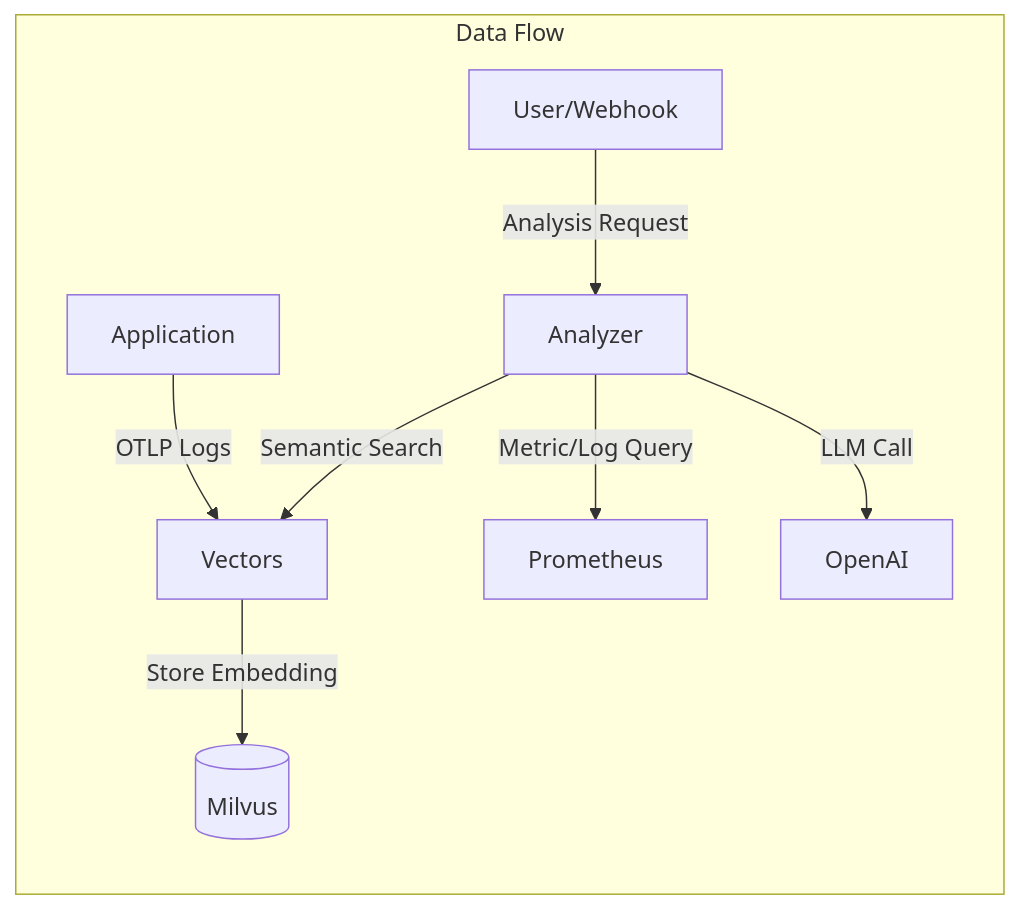
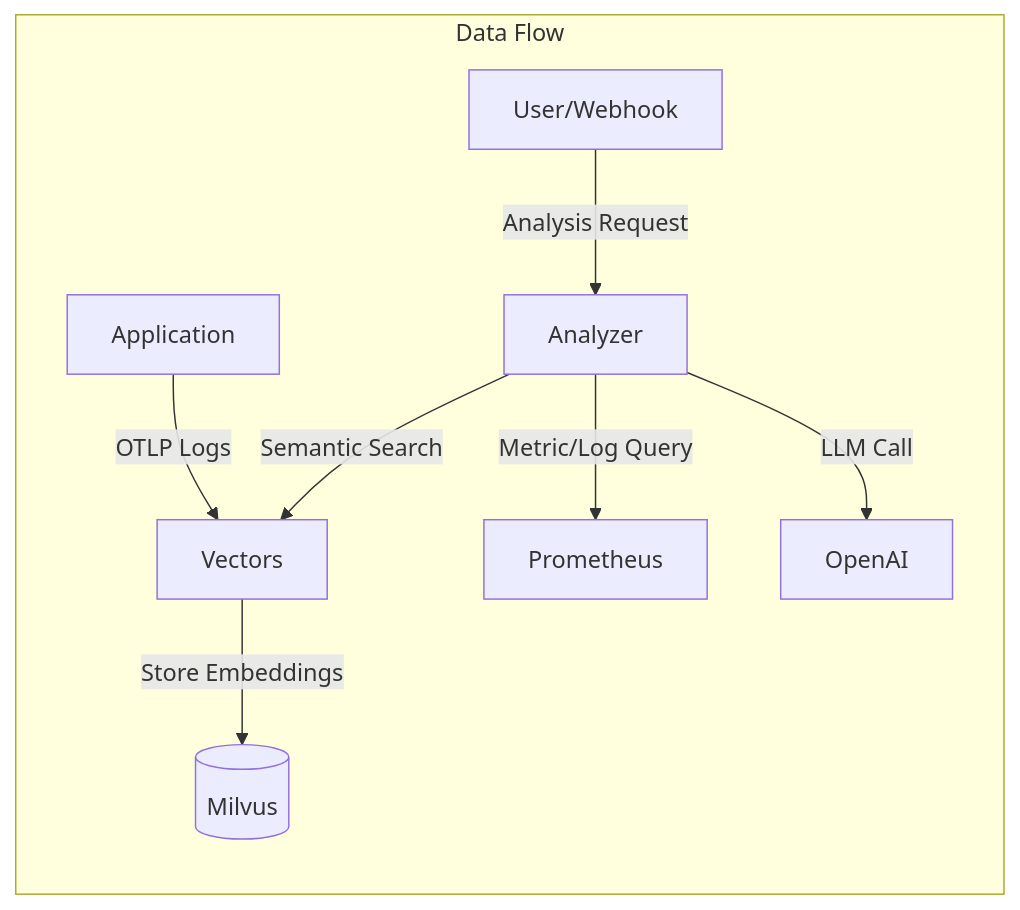
One commit to mandacode-labs/mandacode-devs changed the first of 2 diagrams in src/content/blog/en/meerkat-deep-dive.md. Above: the diagram before and after it, drawn with Mermaid. The commit also changed other lines of this file and 4 other files, not shown here.

````diff
--- a/src/content/blog/en/meerkat-deep-dive.md
+++ b/src/content/blog/en/meerkat-deep-dive.md
@@ -31,11 +44,11 @@
 ```mermaid
 graph LR
     subgraph "Data Flow"
         App[Application] -- OTLP Logs --> Vectors
-        Vectors -- Store Embedding --> Milvus[(Milvus)]
+        Vectors -- Store Embeddings --> Milvus[(Milvus)]
         Client[User/Webhook] -- Analysis Request --> Analyzer
         Analyzer -- Semantic Search --> Vectors
         Analyzer -- Metric/Log Query --> Prometheus
         Analyzer -- LLM Call --> OpenAI
     end
 ```
````
